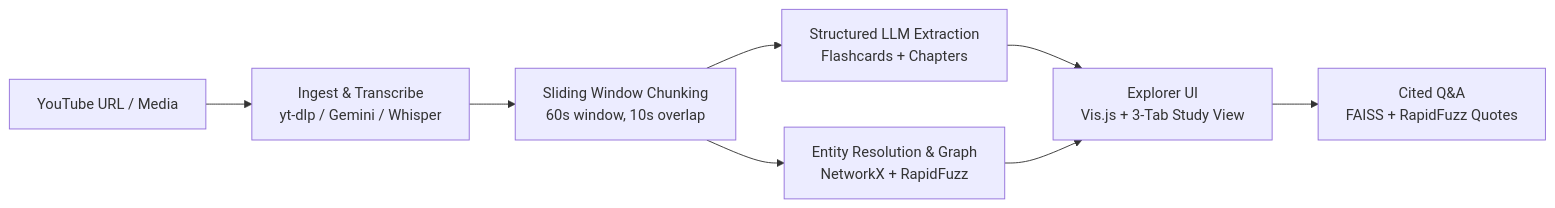
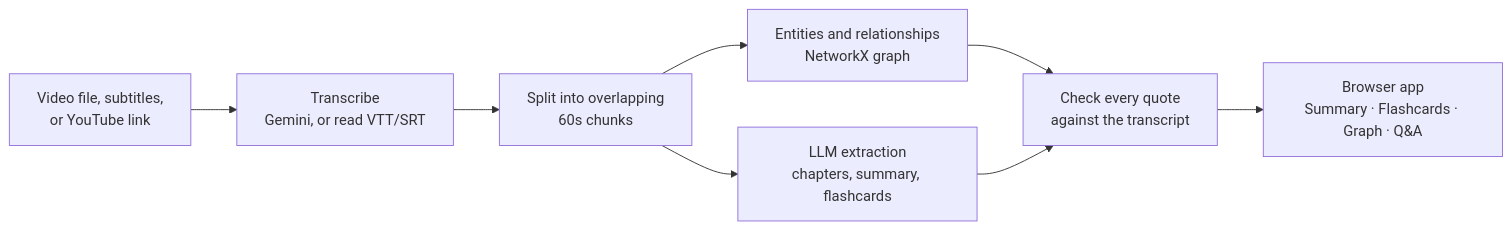
The diagram in README.md (XVX-016/MLH_hackathon), drawn with Mermaid before and after one commit. The commit also changed other lines of this file and 1 other file, not shown here.

First line of the commit message:
docs(readme): rewrite for a two-minute read with the seekwise wordmark

````diff
--- a/README.md
+++ b/README.md
@@ -48,10 +54,10 @@
 ```mermaid
 flowchart LR
-    A[YouTube URL / Media] --> B[Ingest & Transcribe<br>yt-dlp / Gemini / Whisper]
-    B --> C[Sliding Window Chunking<br>60s window, 10s overlap]
-    C --> D[Structured LLM Extraction<br>Flashcards + Chapters]
-    C --> E[Entity Resolution & Graph<br>NetworkX + RapidFuzz]
-    D --> F[Explorer UI<br>Vis.js + 3-Tab Study View]
-    E --> F
-    F --> G[Cited Q&A<br>FAISS + RapidFuzz Quotes]
+    A[Video file, subtitles,<br>or YouTube link] --> B[Transcribe<br>Gemini, or read VTT/SRT]
+    B --> C[Split into overlapping<br>60s chunks]
+    C --> D[LLM extraction<br>chapters, summary, flashcards]
+    C --> E[Entities and relationships<br>NetworkX graph]
+    E --> F[Check every quote<br>against the transcript]
+    D --> F
+    F --> G[Browser app<br>Summary · Flashcards · Graph · Q&A]
 ```
````
